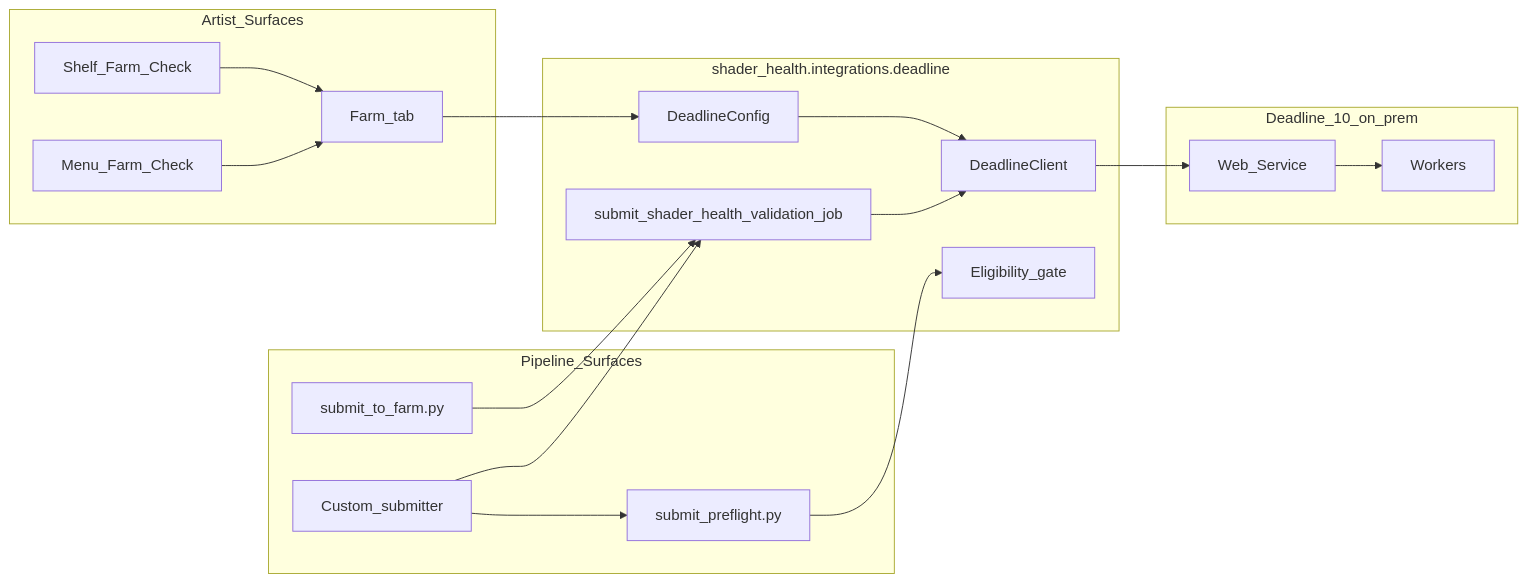
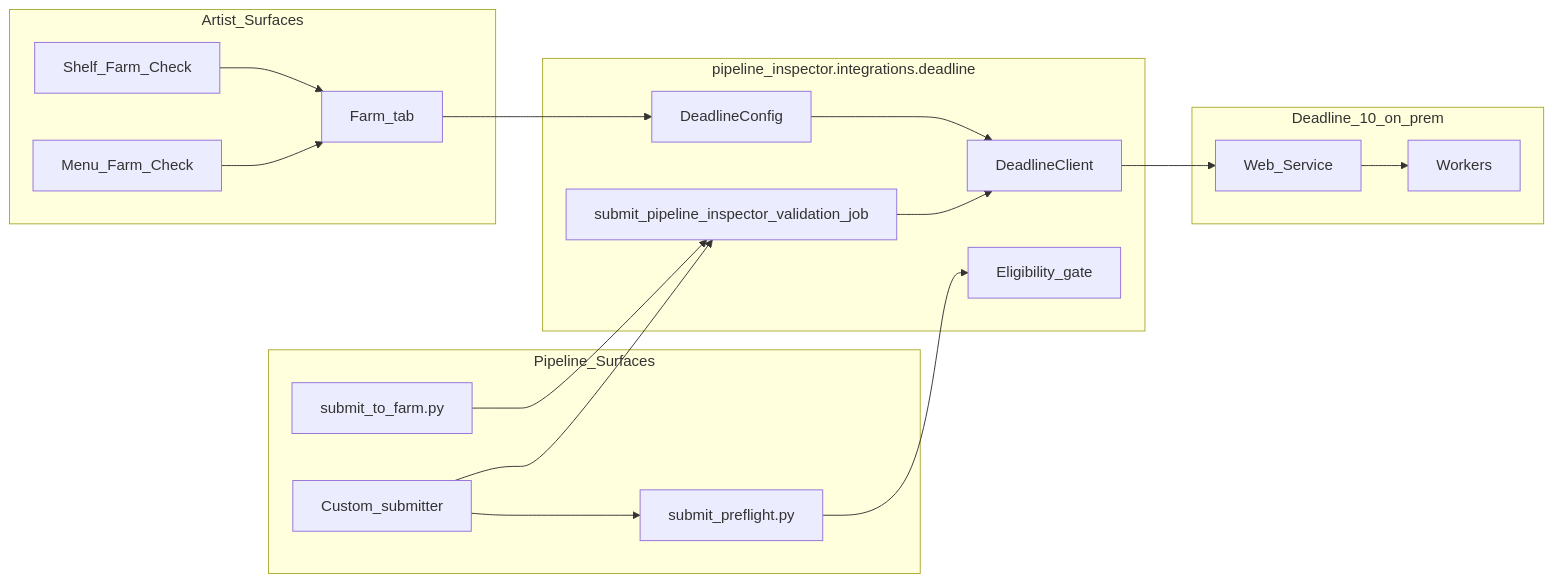
Before and after one commit to armasonix/maya-pipeline-inspector: the first of 3 diagrams in docs/integrations/deadline_submit_preflight.md, drawn with Mermaid. The commit also changed other lines of this file and 524 other files, not shown here.

````diff
--- a/docs/integrations/deadline_submit_preflight.md
+++ b/docs/integrations/deadline_submit_preflight.md
@@ -35,34 +35,34 @@
 ```mermaid
 flowchart LR
     subgraph artists [Artist_Surfaces]
         FARM[Farm_tab]
         SHELF[Shelf_Farm_Check]
         MENU[Menu_Farm_Check]
     end
     subgraph pipeline [Pipeline_Surfaces]
         PRE[submit_preflight.py]
         SUB[submit_to_farm.py]
         HOOK[Custom_submitter]
     end
-    subgraph core [shader_health.integrations.deadline]
+    subgraph core [pipeline_inspector.integrations.deadline]
         CFG[DeadlineConfig]
         CLI[DeadlineClient]
         ELIG[Eligibility_gate]
-        API[submit_shader_health_validation_job]
+        API[submit_pipeline_inspector_validation_job]
     end
     subgraph farm [Deadline_10_on_prem]
         WS[Web_Service]
         WRK[Workers]
     end
     FARM --> CFG
     SHELF --> FARM
     MENU --> FARM
     PRE --> ELIG
     SUB --> API
     HOOK --> PRE
     HOOK --> API
     CFG --> CLI
     CLI --> WS
     API --> CLI
     WS --> WRK
 ```
````
